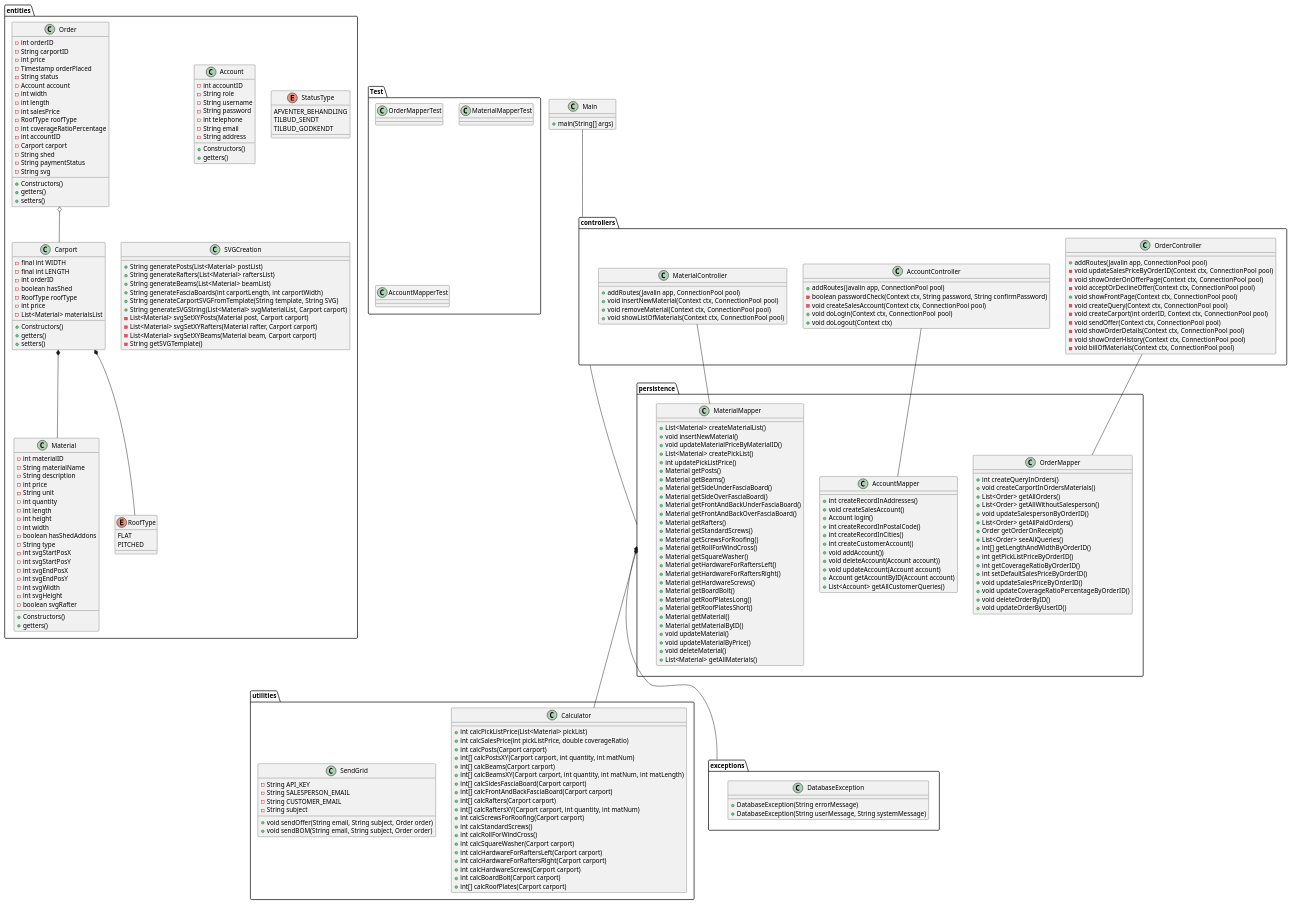
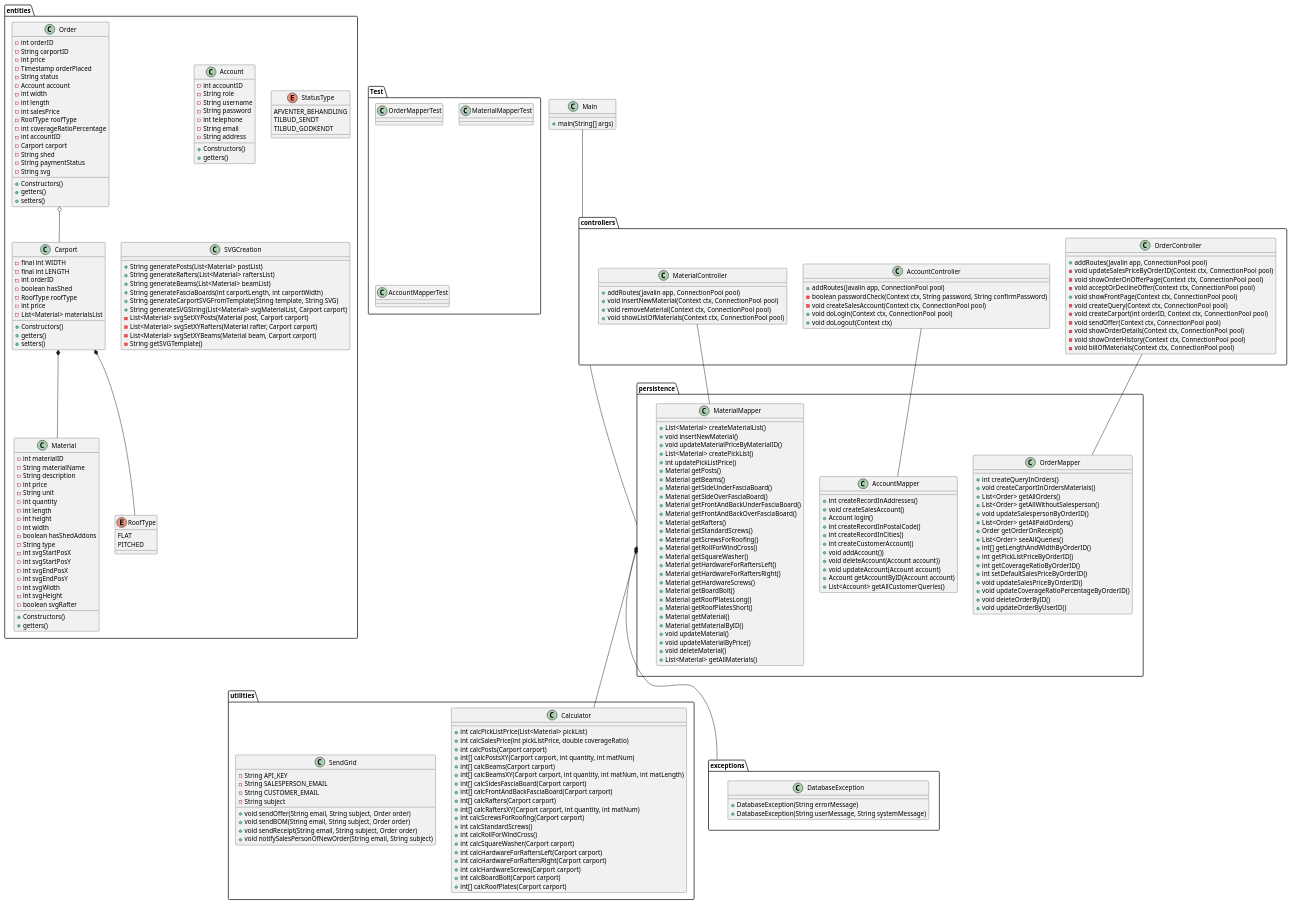
One commit to mridrisisci/fog-projekt changed the diagram in docs/class diagrams/classDiagramV3.puml. Above: the diagram before and after it, drawn with PlantUML.

```diff
--- a/docs/class diagrams/classDiagramV3.puml
+++ b/docs/class diagrams/classDiagramV3.puml
@@ -38,7 +38,8 @@
     - String subject
     + void sendOffer(String email, String subject, Order order)
     + void sendBOM(String email, String subject, Order order)
-    
+    + void sendReceipt(String email, String subject, Order order)
+    + void notifySalesPersonOfNewOrder(String email, String subject)
     }
 }
 
```
